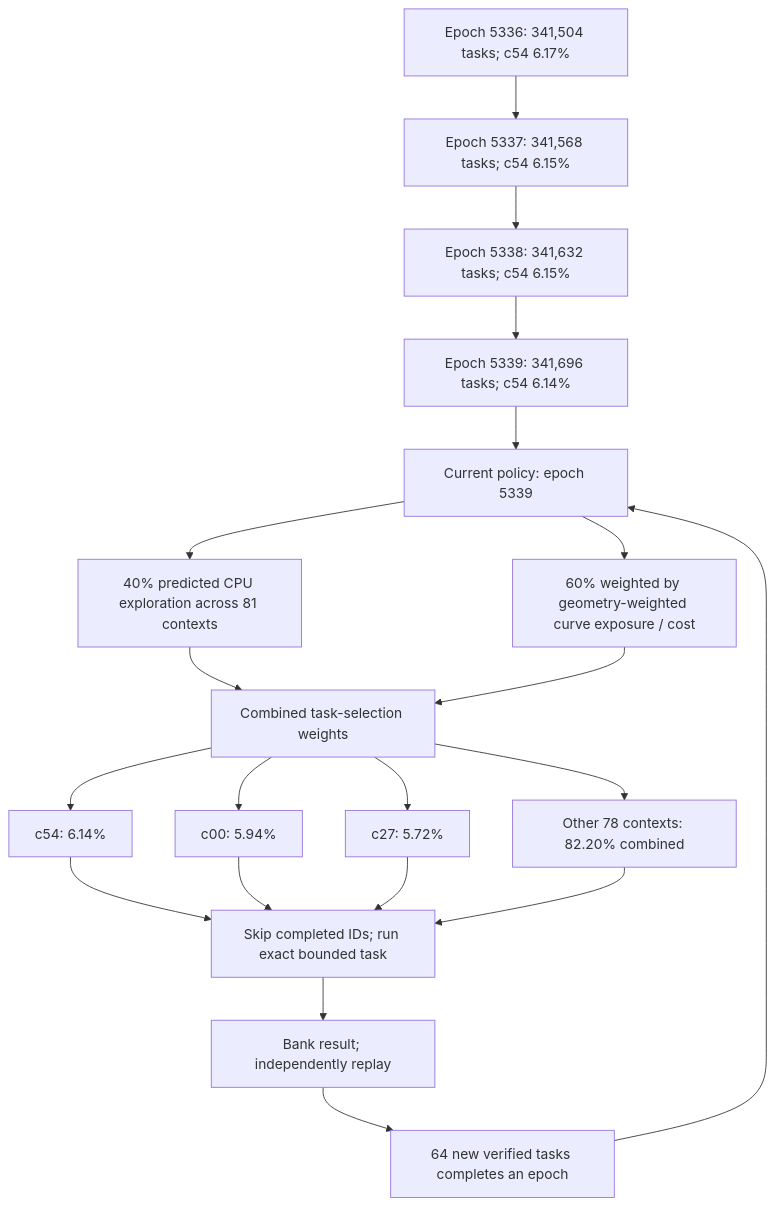
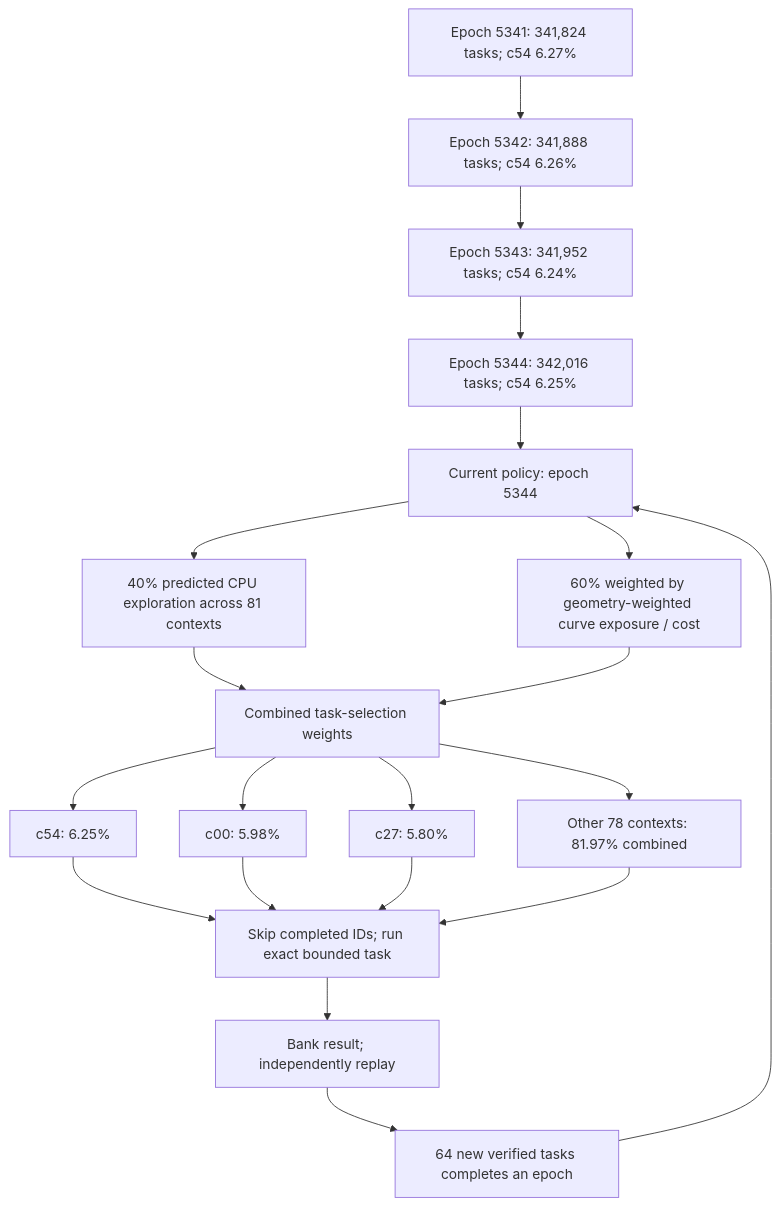
The first of 3 diagrams in README.md (Kuberwastaken/math-gambling), drawn with Mermaid before and after one commit. The commit also changed other lines of this file and 1307 other files, not shown here.

````diff
--- a/README.md
+++ b/README.md
@@ -60,27 +60,27 @@
 ```mermaid
 flowchart TD
-    H0["Epoch 5336: 341,504 tasks; c54 6.17%"]
-    H1["Epoch 5337: 341,568 tasks; c54 6.15%"]
+    H0["Epoch 5341: 341,824 tasks; c54 6.27%"]
+    H1["Epoch 5342: 341,888 tasks; c54 6.26%"]
     H0 --> H1
-    H2["Epoch 5338: 341,632 tasks; c54 6.15%"]
+    H2["Epoch 5343: 341,952 tasks; c54 6.24%"]
     H1 --> H2
-    H3["Epoch 5339: 341,696 tasks; c54 6.14%"]
+    H3["Epoch 5344: 342,016 tasks; c54 6.25%"]
     H2 --> H3
-    Policy["Current policy: epoch 5339"]
+    Policy["Current policy: epoch 5344"]
     H3 --> Policy
     Policy --> Explore["40% predicted CPU exploration across 81 contexts"]
     Policy --> Cost["60% weighted by geometry-weighted curve exposure / cost"]
     Explore --> Mix["Combined task-selection weights"]
     Cost --> Mix
-    Mix --> C0["c54: 6.14%"]
-    Mix --> C1["c00: 5.94%"]
-    Mix --> C2["c27: 5.72%"]
-    Mix --> Rest["Other 78 contexts: 82.20% combined"]
+    Mix --> C0["c54: 6.25%"]
+    Mix --> C1["c00: 5.98%"]
+    Mix --> C2["c27: 5.80%"]
+    Mix --> Rest["Other 78 contexts: 81.97% combined"]
     C0 --> Check["Skip completed IDs; run exact bounded task"]
     C1 --> Check
     C2 --> Check
     Rest --> Check
     Check --> Replay["Bank result; independently replay"]
     Replay --> Gate["64 new verified tasks completes an epoch"]
     Gate --> Policy
 ```
````
